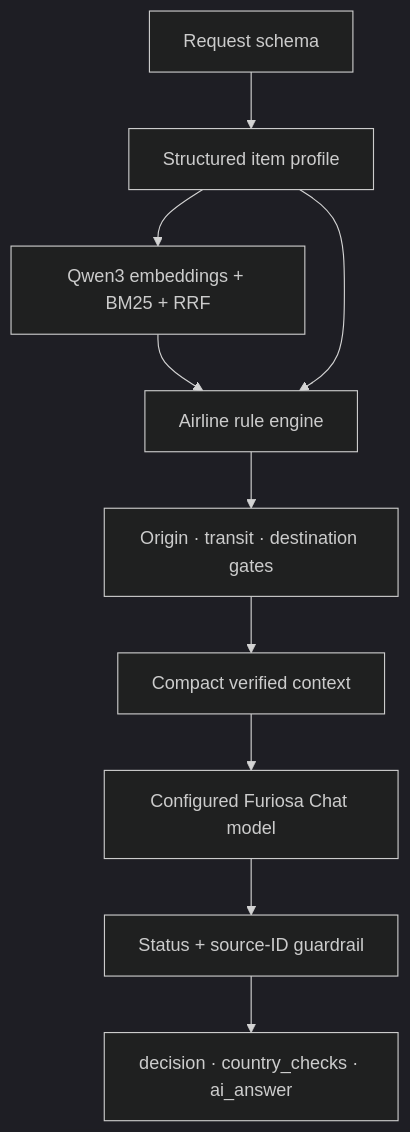
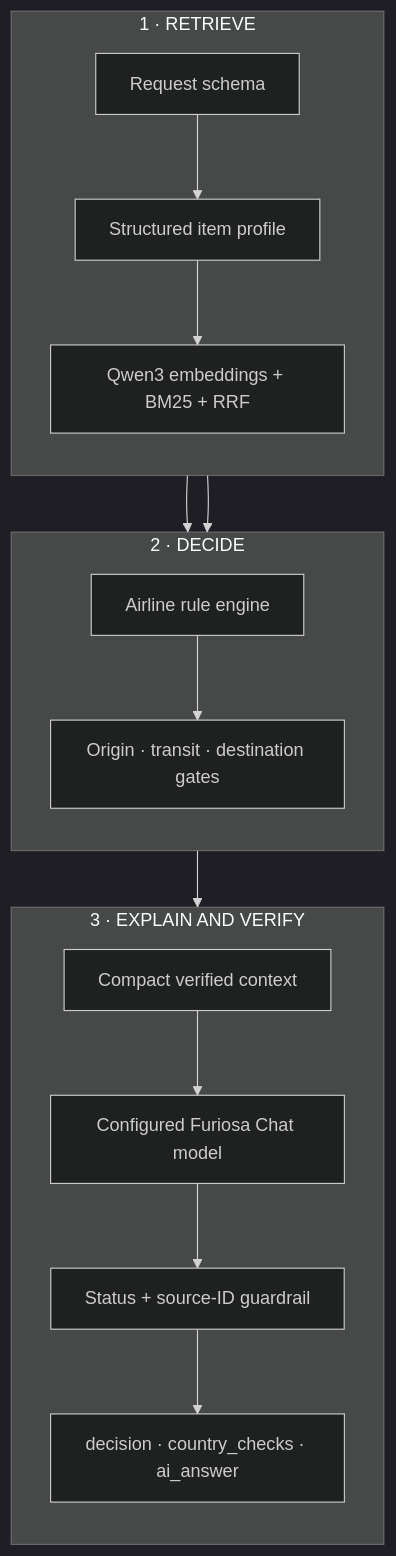
The diagram in docs/ARCHITECTURE.md (jaeunda/CarryCheck), drawn with Mermaid (dark theme) before and after one commit. The commit also changed other lines of this file and 2 other files, not shown here.

Commit message:
docs: clarify system architecture

````diff
--- a/docs/ARCHITECTURE.md
+++ b/docs/ARCHITECTURE.md
@@ -70,12 +80,24 @@
 ```mermaid
 flowchart TB
-    REQUEST[Request schema] --> PROFILE[Structured item profile]
-    PROFILE --> SEARCH[Qwen3 embeddings + BM25 + RRF]
-    SEARCH --> RULES[Airline rule engine]
+    subgraph RETRIEVE["1 · RETRIEVE"]
+        direction TB
+        REQUEST[Request schema] --> PROFILE[Structured item profile]
+        PROFILE --> SEARCH[Qwen3 embeddings + BM25 + RRF]
+    end
+
+    subgraph DECIDE["2 · DECIDE"]
+        direction TB
+        RULES[Airline rule engine] --> GATES[Origin · transit · destination gates]
+    end
+
+    subgraph EXPLAIN["3 · EXPLAIN AND VERIFY"]
+        direction TB
+        CONTEXT[Compact verified context] --> CHAT[Configured Furiosa Chat model]
+        CHAT --> VERIFY[Status + source-ID guardrail]
+        VERIFY --> RESPONSE[decision · country_checks · ai_answer]
+    end
+
+    SEARCH --> RULES
     PROFILE --> RULES
-    RULES --> GATES[Origin · transit · destination gates]
-    GATES --> CONTEXT[Compact verified context]
-    CONTEXT --> CHAT[Configured Furiosa Chat model]
-    CHAT --> VERIFY[Status + source-ID guardrail]
-    VERIFY --> RESPONSE[decision · country_checks · ai_answer]
+    GATES --> CONTEXT
 ```
````
